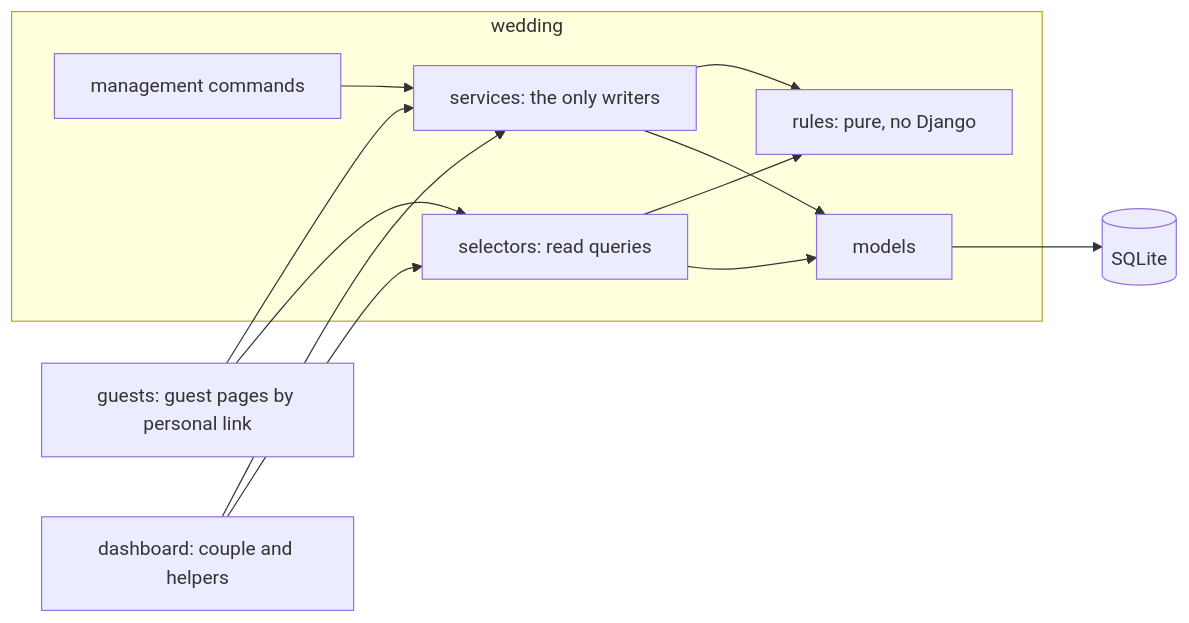
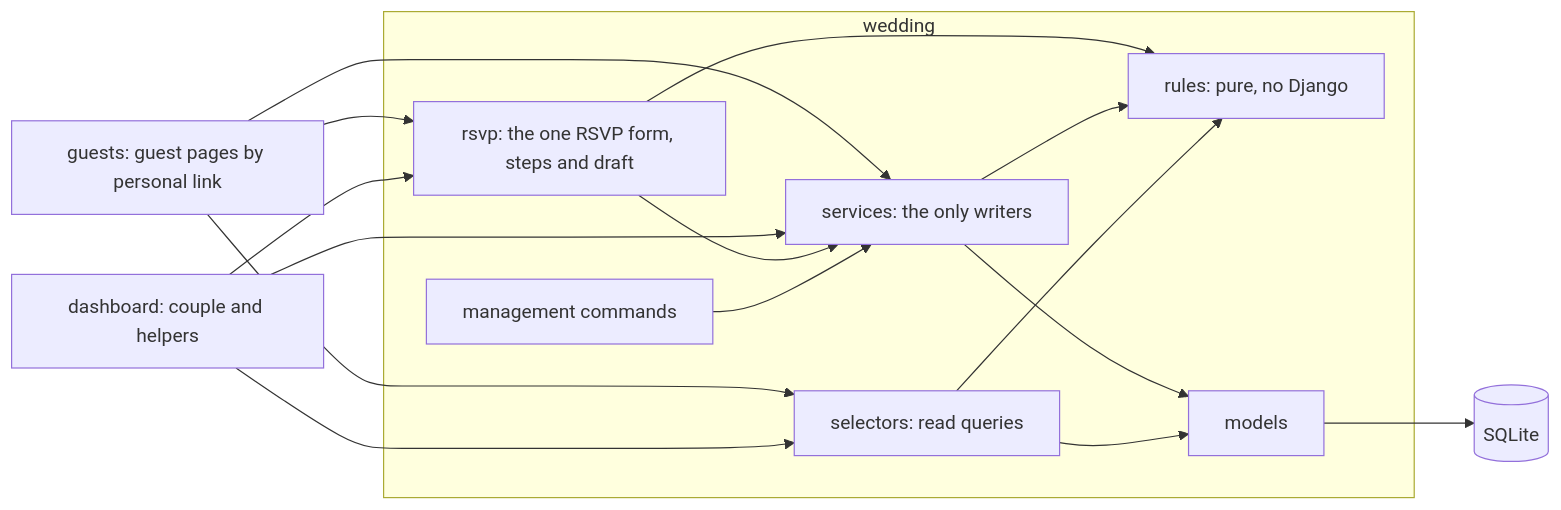
The first of 3 diagrams in .docs/planning-artifacts/architecture/architecture-aill-handle-it-2026-11-16/ARCHITECTURE-SPINE.md (IBE160-2026/G26-dvergsdal), drawn with Mermaid before and after one commit. The commit also changed other lines of this file and 1 other file, not shown here.

````diff
--- a/.docs/planning-artifacts/architecture/architecture-aill-handle-it-2026-11-16/ARCHITECTURE-SPINE.md
+++ b/.docs/planning-artifacts/architecture/architecture-aill-handle-it-2026-11-16/ARCHITECTURE-SPINE.md
@@ -33,15 +33,19 @@
 ```mermaid
 flowchart LR
-  guests["guests: guest pages by personal link"] --> services
-  dashboard["dashboard: couple and helpers"] --> services
+  guests["guests: guest pages by personal link"] --> rsvp
+  dashboard["dashboard: couple and helpers"] --> rsvp
+  guests --> services
+  dashboard --> services
   guests --> selectors
   dashboard --> selectors
   subgraph wedding
+    rsvp["rsvp: the one RSVP form, steps and draft"] --> services
+    rsvp --> rules
     services["services: the only writers"] --> rules["rules: pure, no Django"]
     selectors["selectors: read queries"] --> rules
     services --> models["models"]
     selectors --> models
     commands["management commands"] --> services
   end
   models --> db[("SQLite")]
 ```
````
